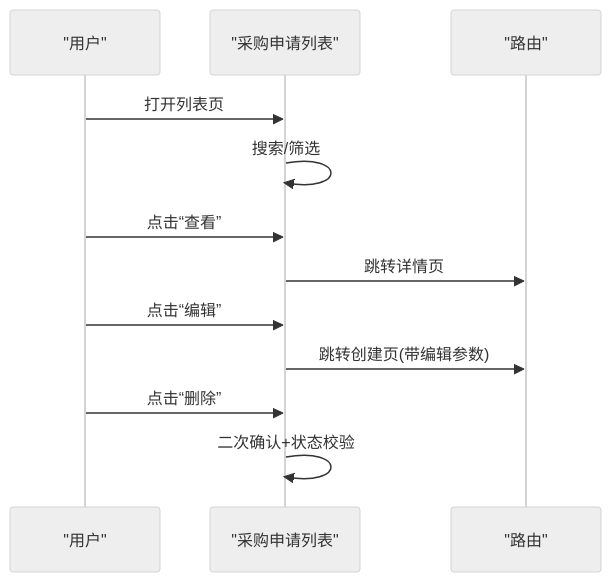
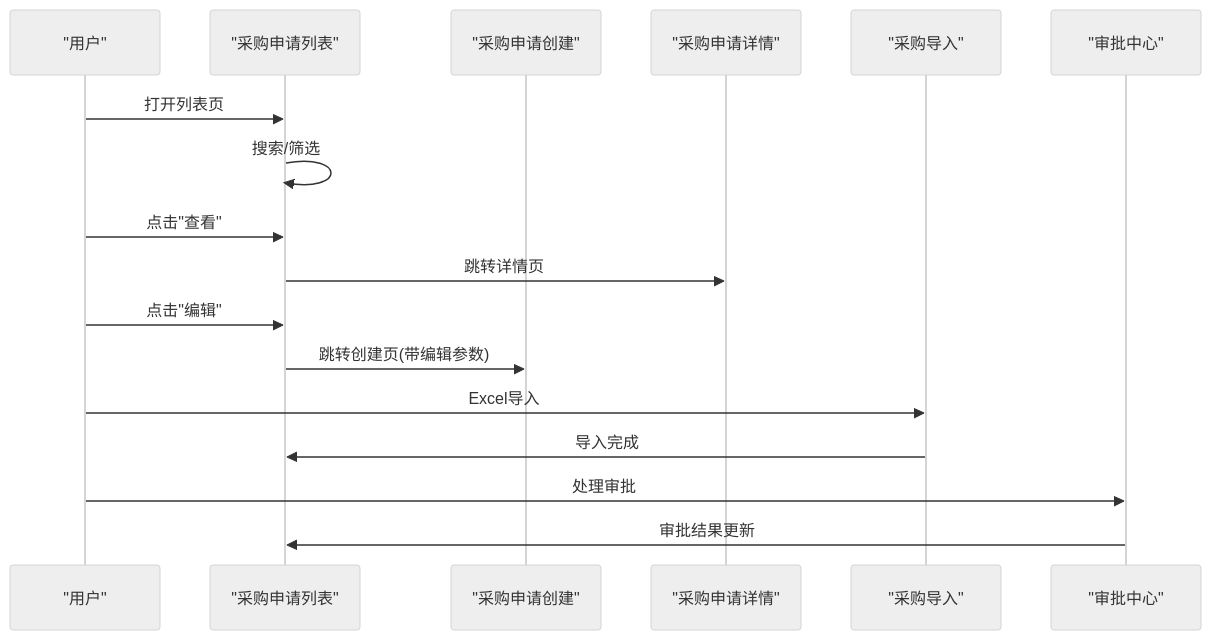
One commit to LouisFantansy/Budget_Mgt_Enterprise changed the sixth of 9 diagrams in .qoder/repowiki/zh/content/核心功能模块/核心功能模块.md. Above: the diagram before and after it, drawn with Mermaid (neutral theme). The commit also changed other lines of this file and 10 other files, not shown here.

````diff
--- a/.qoder/repowiki/zh/content/核心功能模块/核心功能模块.md
+++ b/.qoder/repowiki/zh/content/核心功能模块/核心功能模块.md
@@ -267,14 +310,19 @@
 ```mermaid
 sequenceDiagram
 participant U as "用户"
 participant P as "采购申请列表"
-participant R as "路由"
+participant PC as "采购申请创建"
+participant PD as "采购申请详情"
+participant PI as "采购导入"
+participant AC as "审批中心"
 U->>P : 打开列表页
 P->>P : 搜索/筛选
-U->>P : 点击“查看”
-P->>R : 跳转详情页
-U->>P : 点击“编辑”
-P->>R : 跳转创建页(带编辑参数)
-U->>P : 点击“删除”
-P->>P : 二次确认+状态校验
+U->>P : 点击"查看"
+P->>PD : 跳转详情页
+U->>P : 点击"编辑"
+P->>PC : 跳转创建页(带编辑参数)
+U->>PI : Excel导入
+PI->>P : 导入完成
+U->>AC : 处理审批
+AC->>P : 审批结果更新
 ```
````
